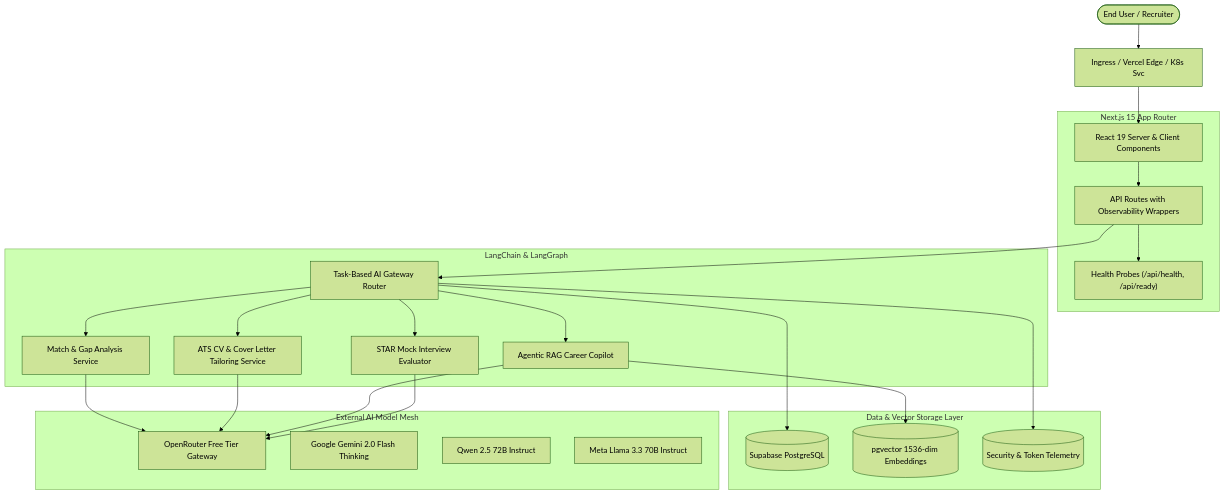
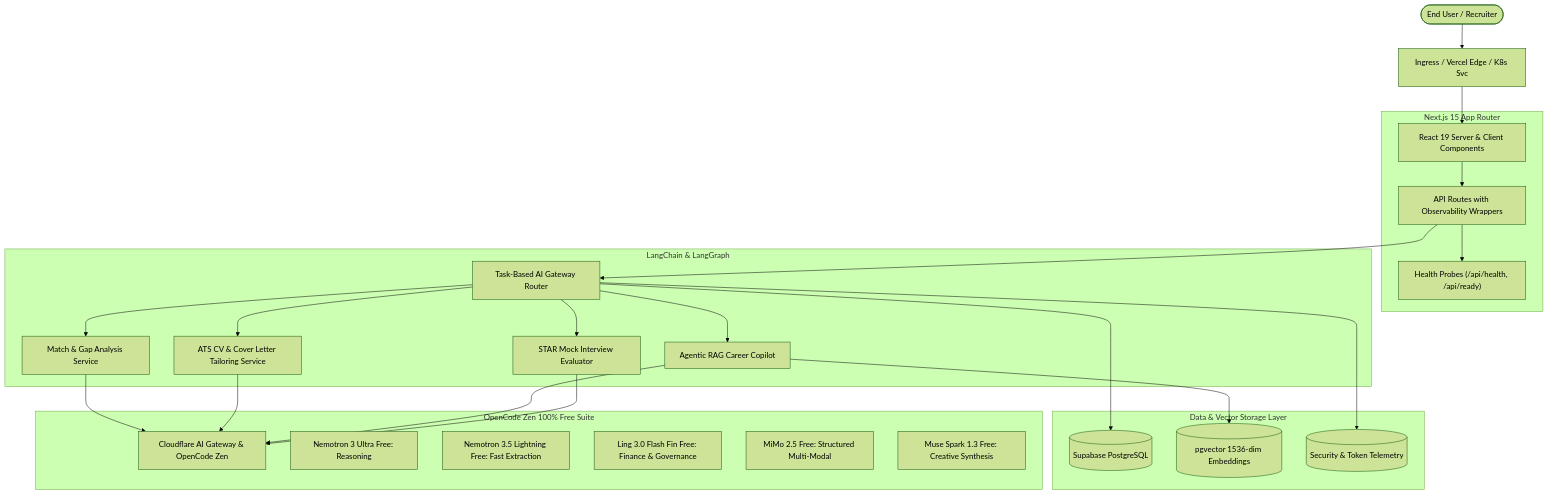
The first of 3 diagrams in README.md (whitemorengwira/applywise-ai), drawn with Mermaid (forest theme) before and after one commit. The commit also changed other lines of this file and 22 other files, not shown here.

````diff
--- a/README.md
+++ b/README.md
@@ -32,49 +32,51 @@
 ```mermaid
 graph TD
     User([End User / Recruiter]) --> Ingress[Ingress / Vercel Edge / K8s Svc]
     
     subgraph Web Application Layer [Next.js 15 App Router]
         AppUI[React 19 Server & Client Components]
         APIRoutes[API Routes with Observability Wrappers]
         Probes["Health Probes (/api/health, /api/ready)"]
     end
     
     subgraph AI Orchestration Layer [LangChain & LangGraph]
         Router[Task-Based AI Gateway Router]
         MatchSvc[Match & Gap Analysis Service]
         TailorSvc[ATS CV & Cover Letter Tailoring Service]
         RAGSvc[Agentic RAG Career Copilot]
         InterviewSvc[STAR Mock Interview Evaluator]
     end
     
     subgraph Data & Vector Storage Layer
         Supabase[(Supabase PostgreSQL)]
         PGVector[(pgvector 1536-dim Embeddings)]
         AuditLog[(Security & Token Telemetry)]
     end
     
-    subgraph External AI Model Mesh
-        OpenRouter[OpenRouter Free Tier Gateway]
-        Gemini[Google Gemini 2.0 Flash Thinking]
-        Qwen[Qwen 2.5 72B Instruct]
-        Llama[Meta Llama 3.3 70B Instruct]
+    subgraph External AI Model Mesh [OpenCode Zen 100% Free Suite]
+        OpenCodeGateway[Cloudflare AI Gateway & OpenCode Zen]
+        NemotronUltra[Nemotron 3 Ultra Free: Reasoning]
+        NemotronFast[Nemotron 3.5 Lightning Free: Fast Extraction]
+        LingFin[Ling 3.0 Flash Fin Free: Finance & Governance]
+        MiMo[MiMo 2.5 Free: Structured Multi-Modal]
+        MuseSpark[Muse Spark 1.3 Free: Creative Synthesis]
     end
 
     Ingress --> AppUI
     AppUI --> APIRoutes
     APIRoutes --> Probes
     APIRoutes --> Router
     Router --> MatchSvc
     Router --> TailorSvc
     Router --> RAGSvc
     Router --> InterviewSvc
     
-    MatchSvc --> OpenRouter
-    TailorSvc --> OpenRouter
+    MatchSvc --> OpenCodeGateway
+    TailorSvc --> OpenCodeGateway
     RAGSvc --> PGVector
-    RAGSvc --> OpenRouter
-    InterviewSvc --> OpenRouter
+    RAGSvc --> OpenCodeGateway
+    InterviewSvc --> OpenCodeGateway
     
     Router --> Supabase
     Router --> AuditLog
 ```
````
